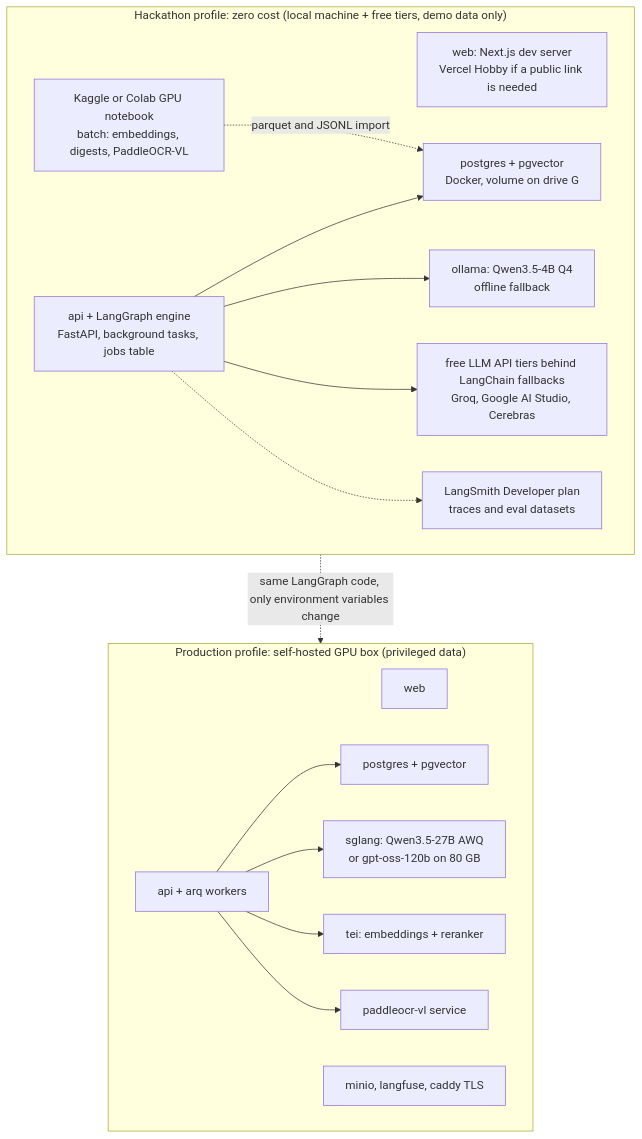
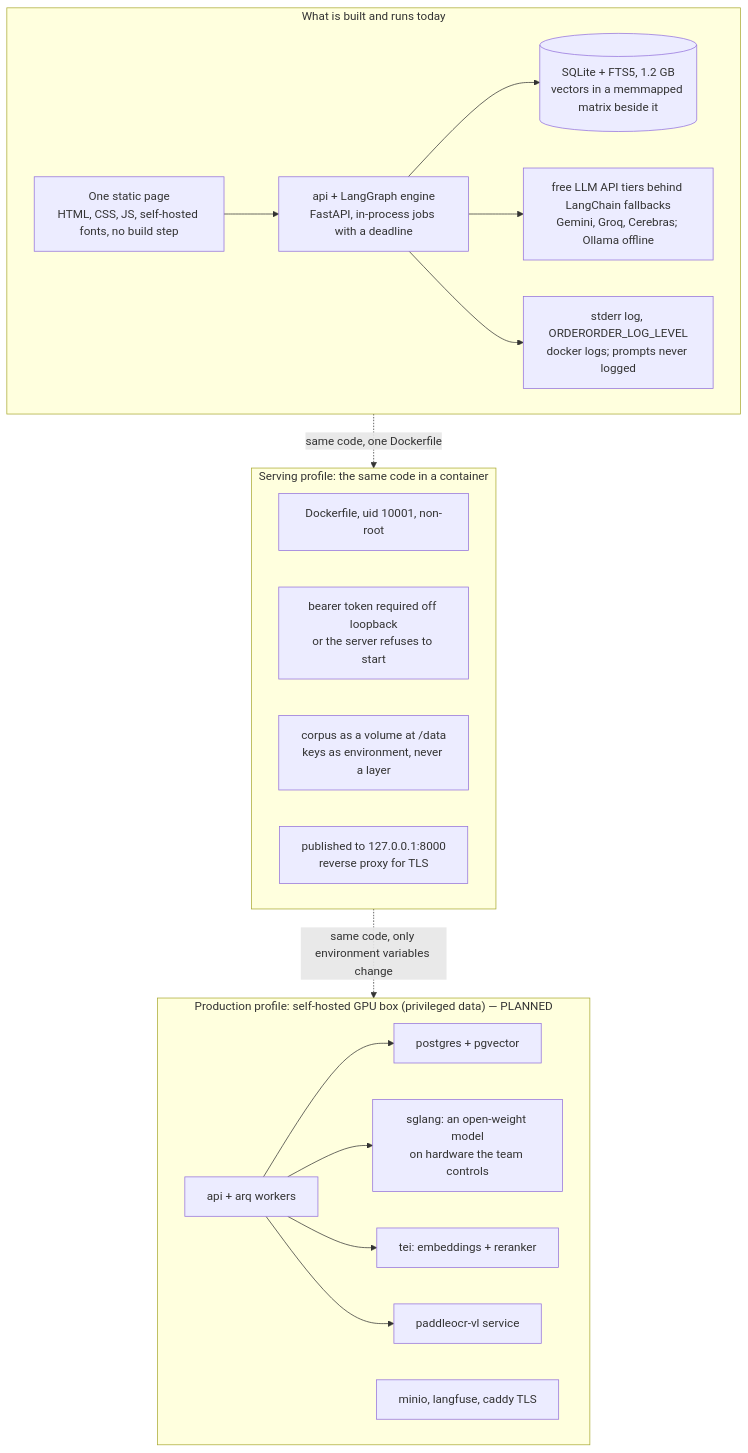
Before and after one commit to INSANE0777/order-order: the ninth of 9 diagrams in docs/ARCHITECTURE.md, drawn with Mermaid. The commit also changed other lines of this file and 6 other files, not shown here.

````diff
--- a/docs/ARCHITECTURE.md
+++ b/docs/ARCHITECTURE.md
@@ -755,31 +859,34 @@
 ```mermaid
 flowchart TB
-    subgraph free["Hackathon profile: zero cost (local machine + free tiers, demo data only)"]
-        f1["web: Next.js dev server<br/>Vercel Hobby if a public link is needed"]
-        f2["api + LangGraph engine<br/>FastAPI, background tasks, jobs table"]
-        f3["postgres + pgvector<br/>Docker, volume on drive G"]
-        f4["ollama: Qwen3.5-4B Q4<br/>offline fallback"]
-        f5["free LLM API tiers behind LangChain fallbacks<br/>Groq, Google AI Studio, Cerebras"]
-        f6["Kaggle or Colab GPU notebook<br/>batch: embeddings, digests, PaddleOCR-VL"]
-        f7["LangSmith Developer plan<br/>traces and eval datasets"]
+    subgraph built["What is built and runs today"]
+        b1["One static page<br/>HTML, CSS, JS, self-hosted fonts, no build step"]
+        b2["api + LangGraph engine<br/>FastAPI, in-process jobs with a deadline"]
+        b3[("SQLite + FTS5, 1.2 GB<br/>vectors in a memmapped matrix beside it")]
+        b4["free LLM API tiers behind LangChain fallbacks<br/>Gemini, Groq, Cerebras; Ollama offline"]
+        b5["stderr log, ORDERORDER_LOG_LEVEL<br/>docker logs; prompts never logged"]
     end
-    subgraph prod["Production profile: self-hosted GPU box (privileged data)"]
-        p1["web"]
+    subgraph container["Serving profile: the same code in a container"]
+        c1["Dockerfile, uid 10001, non-root"]
+        c2["bearer token required off loopback<br/>or the server refuses to start"]
+        c3["corpus as a volume at /data<br/>keys as environment, never a layer"]
+        c4["published to 127.0.0.1:8000<br/>reverse proxy for TLS"]
+    end
+    subgraph prod["Production profile: self-hosted GPU box (privileged data) — PLANNED"]
         p2["api + arq workers"]
         p3["postgres + pgvector"]
-        p4["sglang: Qwen3.5-27B AWQ<br/>or gpt-oss-120b on 80 GB"]
+        p4["sglang: an open-weight model<br/>on hardware the team controls"]
         p5["tei: embeddings + reranker"]
         p6["paddleocr-vl service"]
         p7["minio, langfuse, caddy TLS"]
     end
-    free -. "same LangGraph code, only environment variables change" .-> prod
-    f2 --> f3
-    f2 --> f4
-    f2 --> f5
-    f2 -.-> f7
-    f6 -. "parquet and JSONL import" .-> f3
+    b1 --> b2
+    b2 --> b3
+    b2 --> b4
+    b2 --> b5
+    built -. "same code, one Dockerfile" .-> container
+    container -. "same code, only environment variables change" .-> prod
     p2 --> p3
     p2 --> p4
     p2 --> p5
     p2 --> p6
 ```
````
